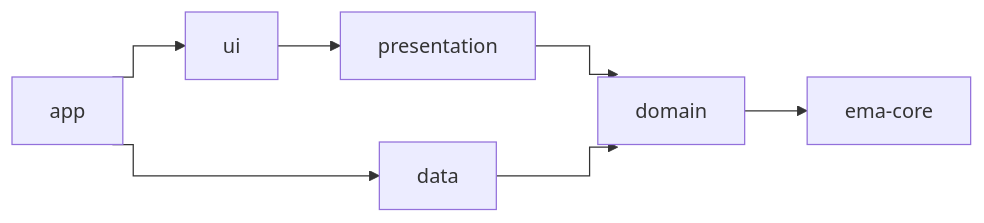
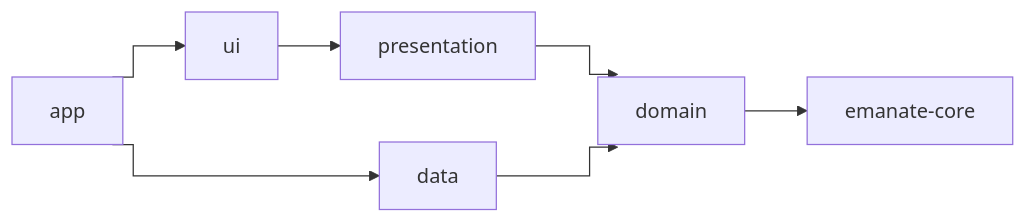
One commit to carmabs/Ema changed the diagram in docs/recommendations.es.md. Above: the diagram before and after it, drawn with Mermaid. The commit also changed other lines of this file and 52 other files, not shown here.

````diff
--- a/docs/recommendations.es.md
+++ b/docs/recommendations.es.md
@@ -16,10 +16,10 @@
 ```mermaid
 %%{init: {"flowchart": {"curve": "step"}}}%%
 flowchart LR
     app --> ui
     app --> data
     ui --> presentation
     presentation --> domain
     data --> domain
-    domain --> ema-core
+    domain --> emanate-core
 ```
````
